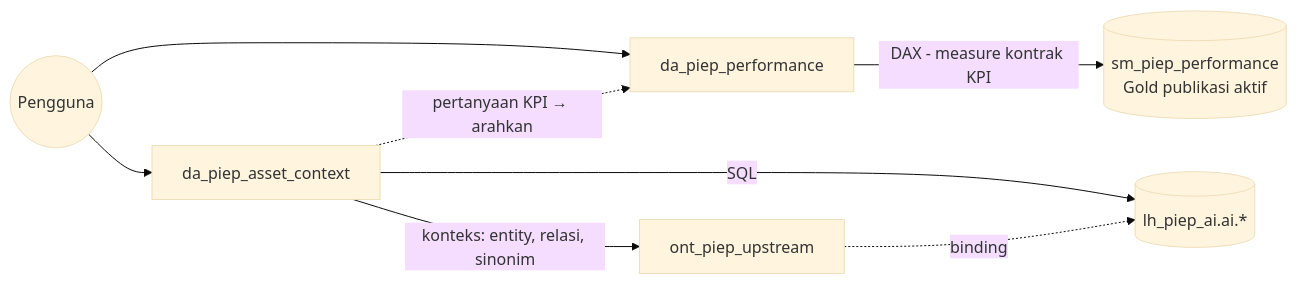
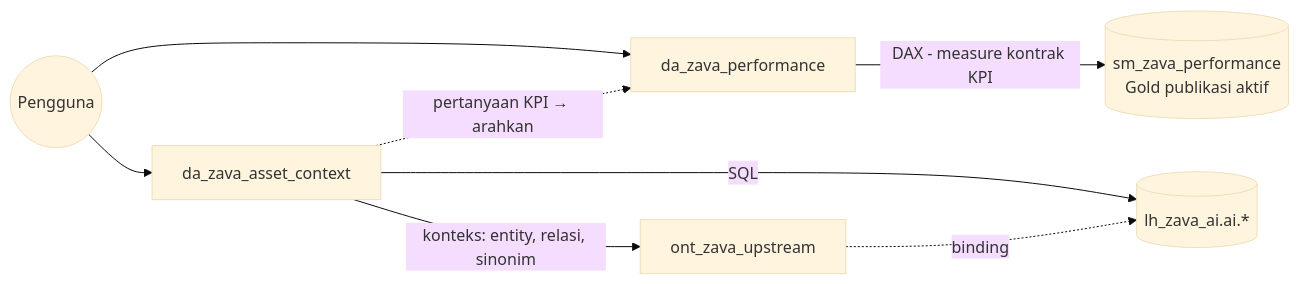
The diagram in demo tutorial/tutorial/12-data-agents.md (edhotp/Microsoft-Fabric-with-PPDM-Demo), drawn with Mermaid (base theme) before and after one commit. The commit also changed other lines of this file and 67 other files, not shown here.

First line of the commit message:
Rebrand demo from PIEP to Zava Energy

````diff
--- a/demo tutorial/tutorial/12-data-agents.md
+++ b/demo tutorial/tutorial/12-data-agents.md
@@ -19,10 +19,10 @@
 ```mermaid
 flowchart LR
-    U((Pengguna)) --> A1[da_piep_performance]
-    U --> A2[da_piep_asset_context]
-    A1 -->|DAX - measure kontrak KPI| SM[(sm_piep_performance<br/>Gold publikasi aktif)]
-    A2 -->|konteks: entity, relasi, sinonim| ONT[ont_piep_upstream]
-    A2 -->|SQL| LHAI[(lh_piep_ai.ai.*)]
+    U((Pengguna)) --> A1[da_zava_performance]
+    U --> A2[da_zava_asset_context]
+    A1 -->|DAX - measure kontrak KPI| SM[(sm_zava_performance<br/>Gold publikasi aktif)]
+    A2 -->|konteks: entity, relasi, sinonim| ONT[ont_zava_upstream]
+    A2 -->|SQL| LHAI[(lh_zava_ai.ai.*)]
     ONT -. binding .-> LHAI
     A2 -. "pertanyaan KPI → arahkan" .-> A1
 ```
````
